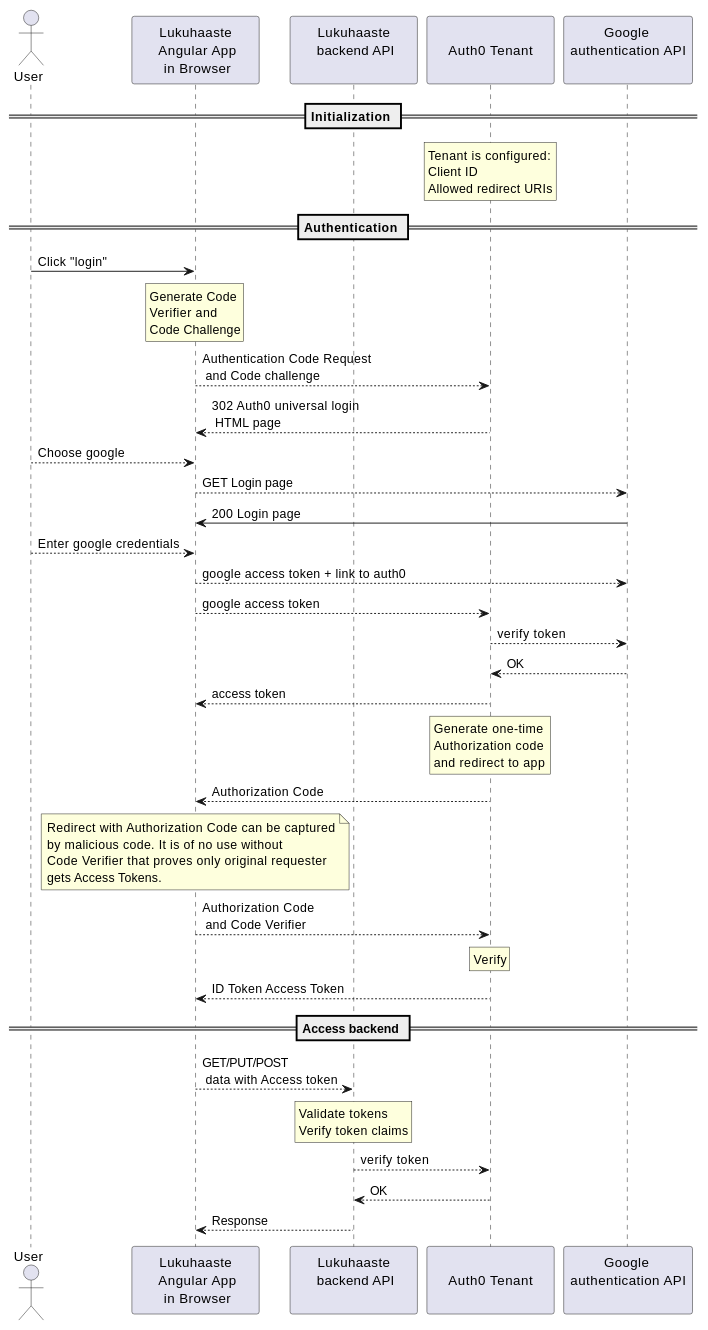
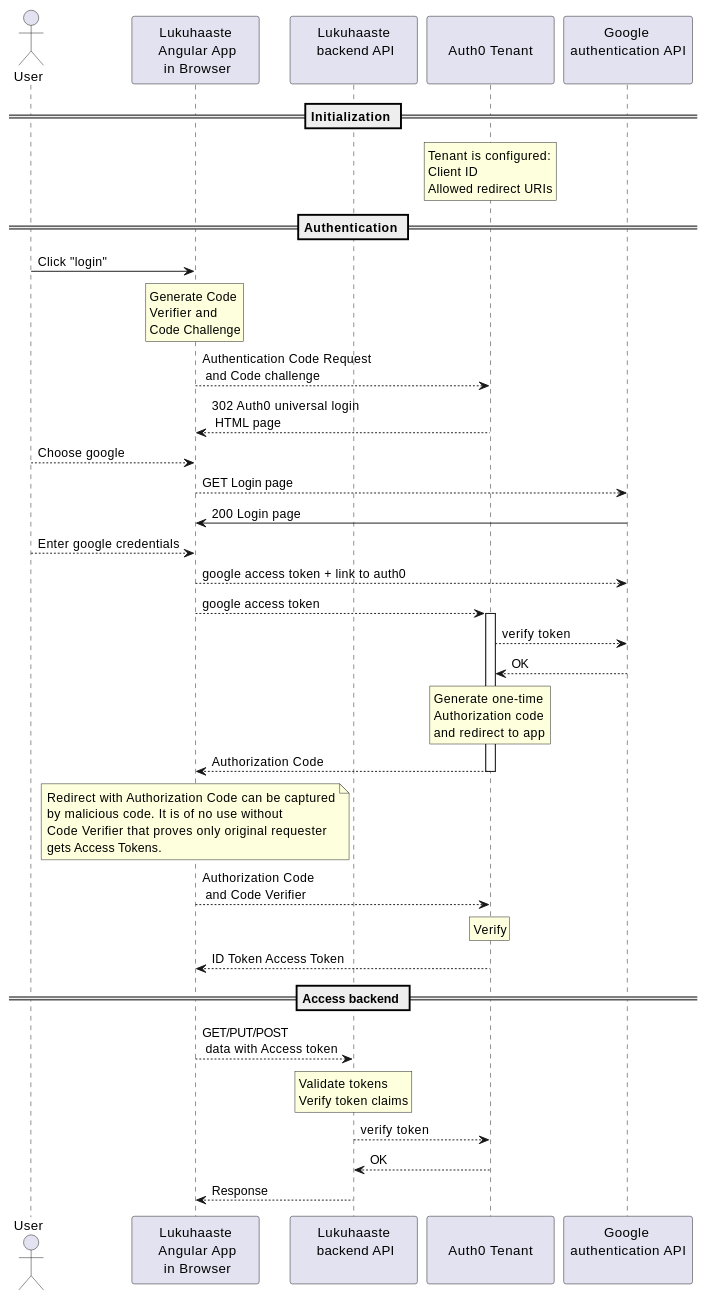
One commit to jppaalassalo/secpro changed the second of 3 diagrams in README.md. Above: the diagram before and after it, drawn with PlantUML.

````diff
--- a/README.md
+++ b/README.md
@@ -81,64 +81,63 @@
 ```plantuml
 @startuml
 actor User
 skinparam minClassWidth 120
 participant "Lukuhaaste\n Angular App\n in Browser" as Browser
 participant "Lukuhaaste\n backend API\n " as backend
 participant "\nAuth0 Tenant\n" as auth
 participant "Google \nauthentication API\n" as google
 == Initialization ==
 rnote over auth
  Tenant is configured:
  Client ID
  Allowed redirect URIs
 endrnote
 
 
 == Authentication ==
 
 User -> Browser: Click "login"
 rnote over Browser
  Generate Code 
  Verifier and 
  Code Challenge
 endrnote
 Browser --> auth: Authentication Code Request\n and Code challenge 
 auth --> Browser: 302 Auth0 universal login\n HTML page
 User --> Browser: Choose google
 Browser --> google: GET Login page
 google -> Browser: 200 Login page
 User --> Browser: Enter google credentials
 Browser --> google: google access token + link to auth0
-Browser --> auth: google access token
+Browser --> auth ++ : google access token
 auth --> google: verify token
 google --> auth: OK
-auth --> Browser: access token
 rnote over auth
  Generate one-time 
  Authorization code 
  and redirect to app
 endrnote
-auth --> Browser: Authorization Code
+auth --> Browser -- : Authorization Code
 note over Browser
  Redirect with Authorization Code can be captured
  by malicious code. It is of no use without
  Code Verifier that proves only original requester
  gets Access Tokens.
 endnote
 Browser --> auth: Authorization Code\n and Code Verifier
 rnote over auth
  Verify
 endrnote
 auth --> Browser: ID Token Access Token
 
 == Access backend ==
 Browser --> backend: GET/PUT/POST\n data with Access token
 rnote over backend
  Validate tokens
  Verify token claims
 endrnote
 backend --> auth: verify token
 auth --> backend: OK
 backend --> Browser: Response
 @enduml
 ```
````
